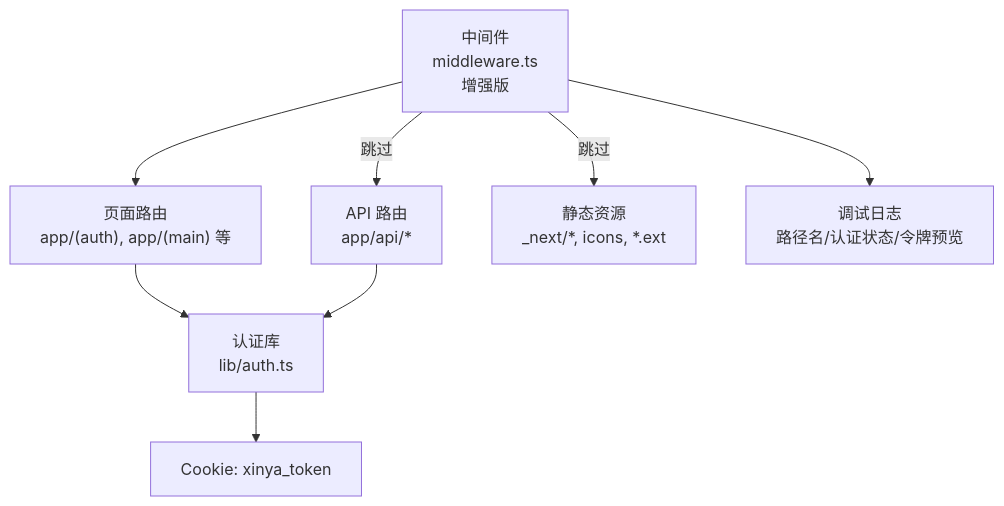
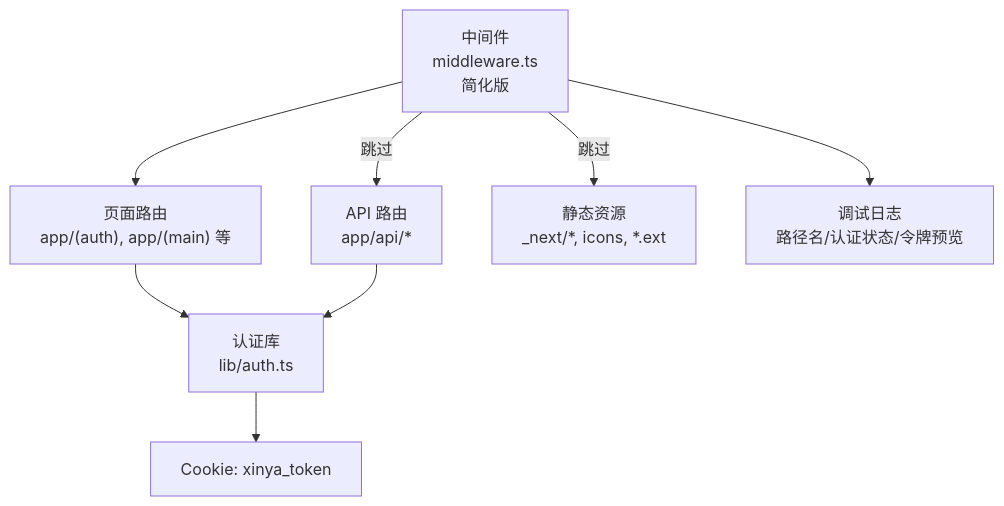
The first of 7 diagrams in .qoder/repowiki/zh/content/用户认证系统/认证中间件.md (kangkang919/xinya), drawn with Mermaid before and after one commit. The commit also changed other lines of this file and 37 other files, not shown here.

````diff
--- a/.qoder/repowiki/zh/content/用户认证系统/认证中间件.md
+++ b/.qoder/repowiki/zh/content/用户认证系统/认证中间件.md
@@ -52,10 +53,10 @@
 ```mermaid
 graph TB
-MW["中间件<br/>middleware.ts<br/>增强版"] --> Pages["页面路由<br/>app/(auth), app/(main) 等"]
+MW["中间件<br/>middleware.ts<br/>简化版"] --> Pages["页面路由<br/>app/(auth), app/(main) 等"]
 MW --> |跳过| API["API 路由<br/>app/api/*"]
 MW --> |跳过| Static["静态资源<br/>_next/*, icons, *.ext"]
 Pages --> AuthLib["认证库<br/>lib/auth.ts"]
 API --> AuthLib
 AuthLib --> Cookies["Cookie: xinya_token"]
 MW --> DebugLog["调试日志<br/>路径名/认证状态/令牌预览"]
 ```
````
